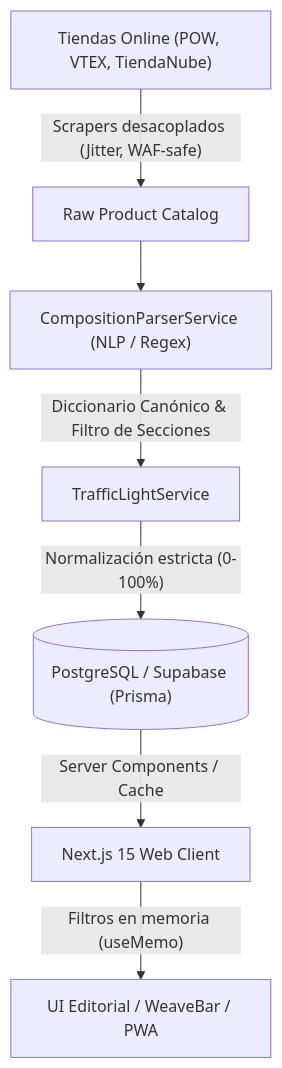
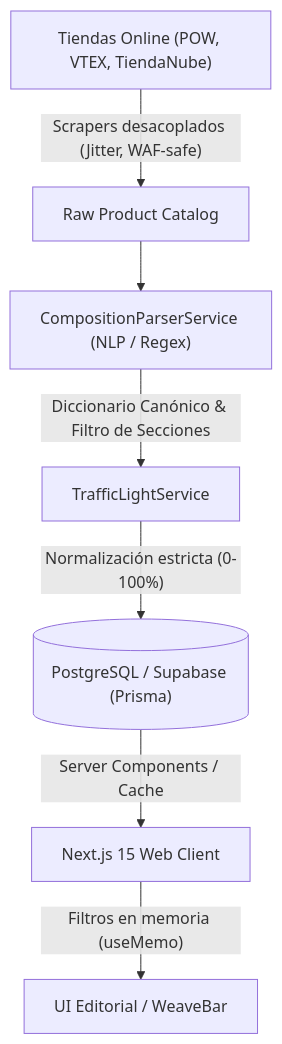
The diagram in README.md (tomireyes28/plastic-who), drawn with Mermaid before and after one commit. The commit also changed other lines of this file and 1 other file, not shown here.

````diff
--- a/README.md
+++ b/README.md
@@ -43,9 +46,9 @@
 ```mermaid
 flowchart TD
     A["Tiendas Online (POW, VTEX, TiendaNube)"] -->|"Scrapers desacoplados (Jitter, WAF-safe)"| B["Raw Product Catalog"]
     B --> C["CompositionParserService (NLP / Regex)"]
     C -->|"Diccionario Canónico & Filtro de Secciones"| D["TrafficLightService"]
     D -->|"Normalización estricta (0-100%)"| E[("PostgreSQL / Supabase (Prisma)")]
     E -->|"Server Components / Cache"| F["Next.js 15 Web Client"]
-    F -->|"Filtros en memoria (useMemo)"| G["UI Editorial / WeaveBar / PWA"]
+    F -->|"Filtros en memoria (useMemo)"| G["UI Editorial / WeaveBar"]
 ```
````
